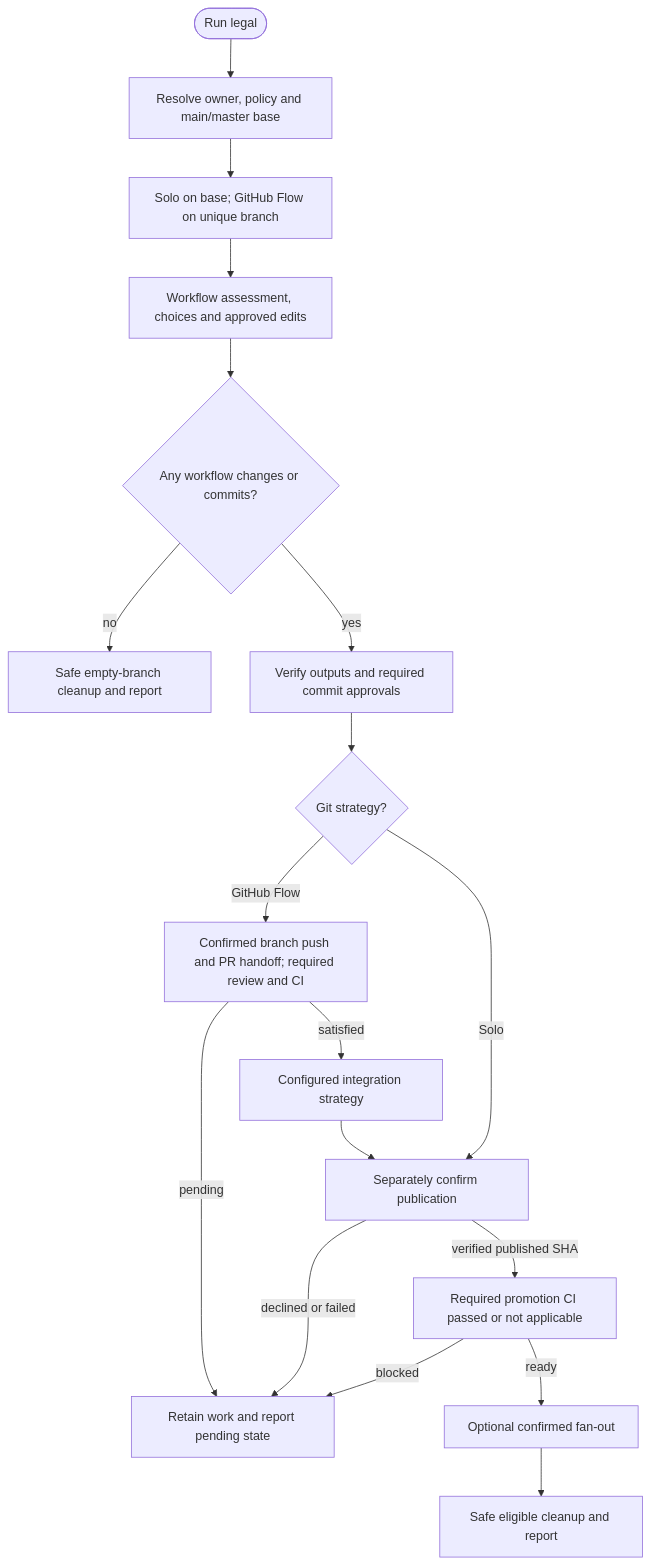
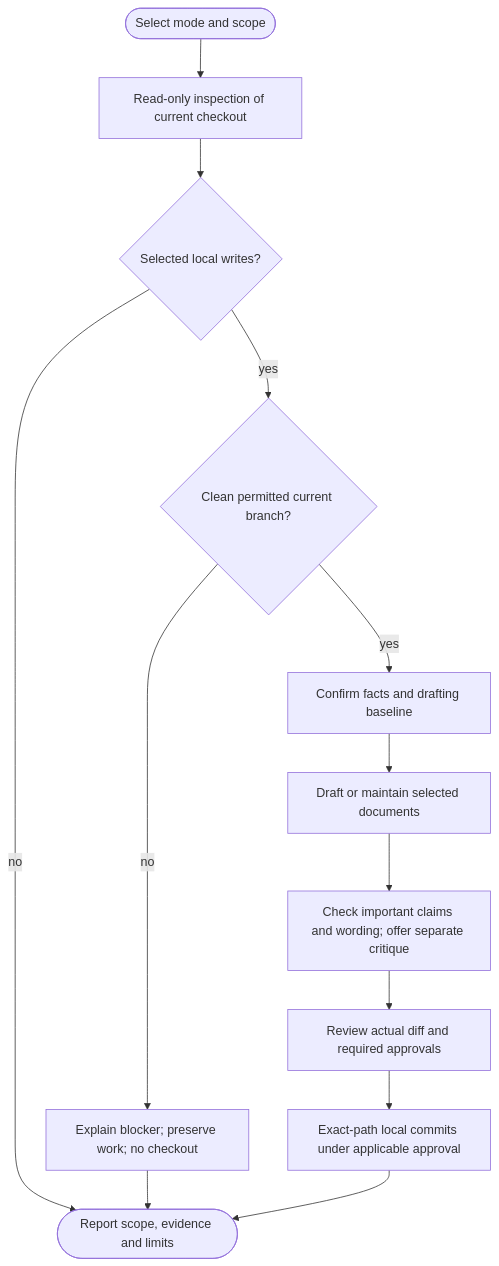
The diagram in docs/commands/legal.md (myowinthein/agent-helm), drawn with Mermaid before and after one commit. The commit also changed other lines of this file and 101 other files, not shown here.

````diff
--- a/docs/commands/legal.md
+++ b/docs/commands/legal.md
@@ -15,20 +23,15 @@
 ```mermaid
 flowchart TD
-  Start([Run legal]) --> Prepare[Resolve owner, policy and main/master base]
-  Prepare --> Branch[Solo on base; GitHub Flow on unique branch]
-  Branch --> Work[Workflow assessment, choices and approved edits]
-  Work --> Changed{Any workflow changes or commits?}
-  Changed -->|no| Noop[Safe empty-branch cleanup and report]
-  Changed -->|yes| Verify[Verify outputs and required commit approvals]
-  Verify --> Mode{Git strategy?}
-  Mode -->|GitHub Flow| Review[Confirmed branch push and PR handoff; required review and CI]
-  Review -->|pending| Pending[Retain work and report pending state]
-  Review -->|satisfied| Merge[Configured integration strategy]
-  Mode -->|Solo| Push
-  Merge --> Push[Separately confirm publication]
-  Push -->|declined or failed| Pending
-  Push -->|verified published SHA| CI[Required promotion CI passed or not applicable]
-  CI -->|blocked| Pending
-  CI -->|ready| Promote[Optional confirmed fan-out]
-  Promote --> Cleanup[Safe eligible cleanup and report]
+  Start([Select mode and scope]) --> Inspect[Read-only inspection of current checkout]
+  Inspect --> Write{Selected local writes?}
+  Write -->|no| Report([Report scope, evidence and limits])
+  Write -->|yes| Ready{Clean permitted current branch?}
+  Ready -->|no| Block[Explain blocker; preserve work; no checkout]
+  Block --> Report
+  Ready -->|yes| Facts[Confirm facts and drafting baseline]
+  Facts --> Draft[Draft or maintain selected documents]
+  Draft --> Review[Check important claims and wording; offer separate critique]
+  Review --> Approve[Review actual diff and required approvals]
+  Approve --> Commit[Exact-path local commits under applicable approval]
+  Commit --> Report
 ```
````
